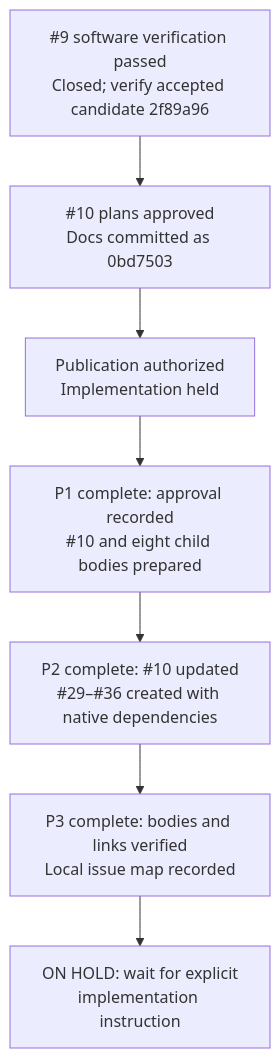
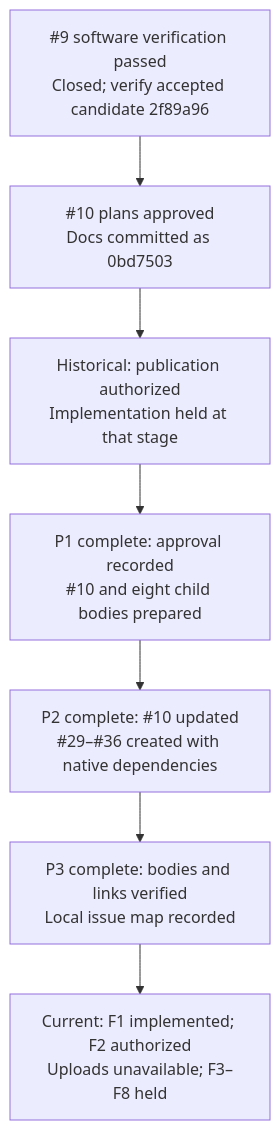
One commit to noelorph/diy-instax-photobooth changed the second of 3 diagrams in docs/diagrams/issue-10-implementation-tasks.md. Above: the diagram before and after it, drawn with Mermaid. The commit also changed other lines of this file and 48 other files, not shown here.

````diff
--- a/docs/diagrams/issue-10-implementation-tasks.md
+++ b/docs/diagrams/issue-10-implementation-tasks.md
@@ -24,11 +26,11 @@
 ```mermaid
 flowchart TD
   NINE["#9 software verification passed<br/>Closed; verify accepted candidate 2f89a96"]
   APPROVAL["#10 plans approved<br/>Docs committed as 0bd7503"]
   P1["P1 complete: approval recorded<br/>#10 and eight child bodies prepared"]
   P2["P2 complete: #10 updated<br/>#29–#36 created with native dependencies"]
   P3["P3 complete: bodies and links verified<br/>Local issue map recorded"]
-  AUTH["ON HOLD: wait for explicit<br/>implementation instruction"]
-  PUBLISH["Publication authorized<br/>Implementation held"]
+  AUTH["Current: F1 implemented; F2 authorized<br/>Uploads unavailable; F3–F8 held"]
+  PUBLISH["Historical: publication authorized<br/>Implementation held at that stage"]
   NINE --> APPROVAL --> PUBLISH --> P1 --> P2 --> P3 --> AUTH
 ```
````
